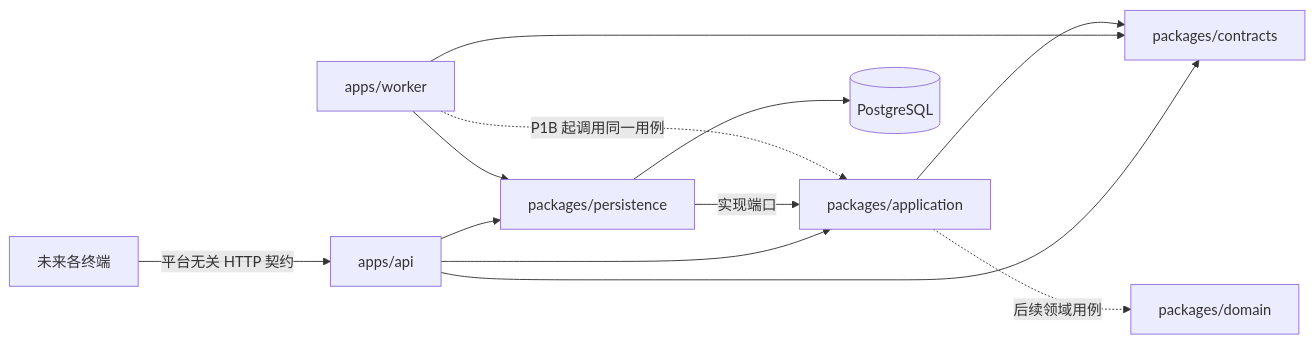
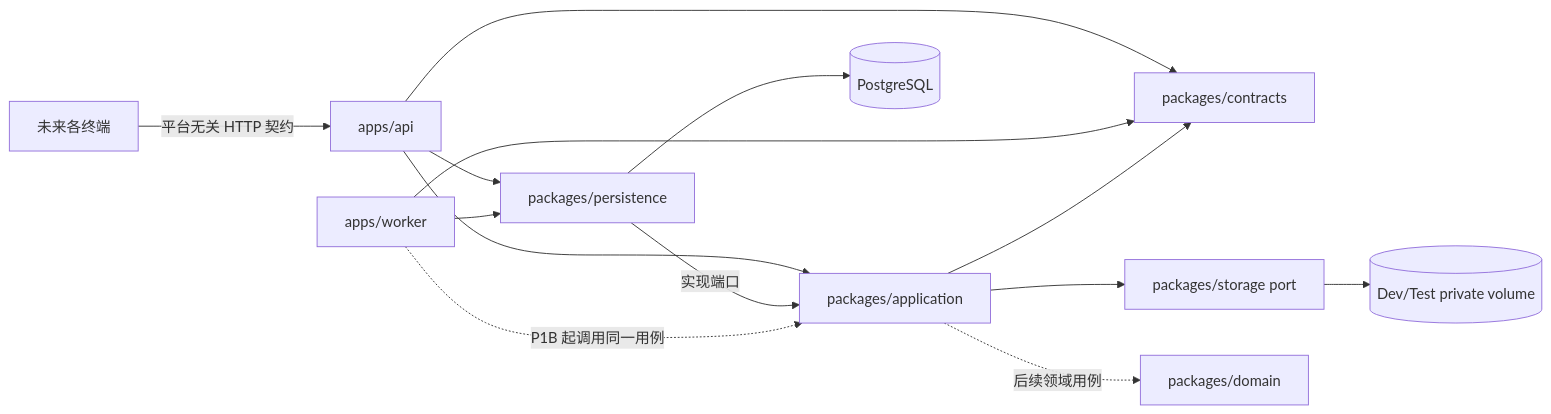
Before and after one commit to tonivikingdom/TRAVEL-V1: the diagram in docs/architecture/modules.md, drawn with Mermaid. The commit also changed other lines of this file and 50 other files, not shown here.

First line of the commit message:
feat: add P1B2 notifications and private object storage (#4)

````diff
--- a/docs/architecture/modules.md
+++ b/docs/architecture/modules.md
@@ -5,15 +5,17 @@
 ```mermaid
 flowchart LR
   Clients[未来各终端] -->|平台无关 HTTP 契约| API[apps/api]
   API --> Contracts[packages/contracts]
   API --> Application[packages/application]
   API --> Persistence[packages/persistence]
   Worker[apps/worker] --> Contracts
   Worker --> Persistence
   Persistence --> PostgreSQL[(PostgreSQL)]
+  Application --> Storage[packages/storage port]
+  Storage --> PrivateVolume[(Dev/Test private volume)]
   Domain[packages/domain]
   Application --> Contracts
   Application -. 后续领域用例 .-> Domain
   Persistence -->|实现端口| Application
   Worker -. P1B 起调用同一用例 .-> Application
 ```
````
